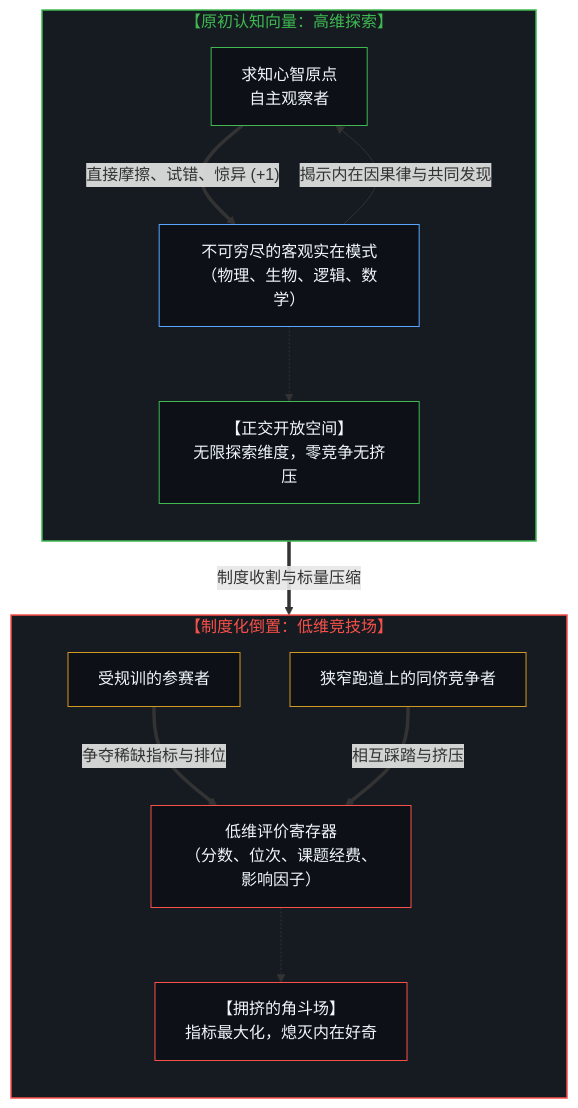
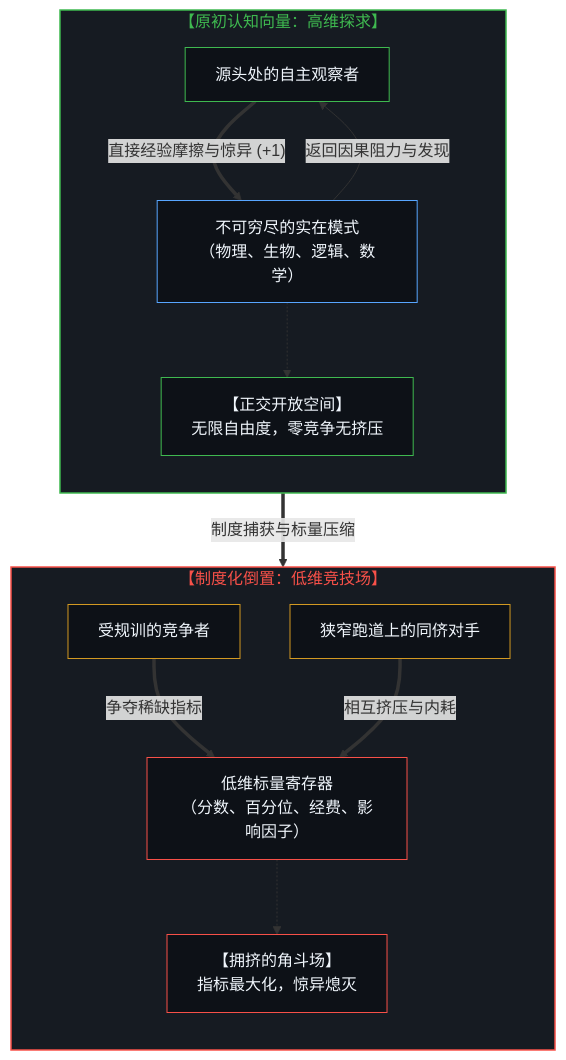
The first of 10 diagrams in content/posts/the-reversal-of-education-and-science.md (powerpig99/not-a-toe), drawn with Mermaid before and after one commit. The commit also changed other lines of this file and 2 other files, not shown here.

````diff
--- a/content/posts/the-reversal-of-education-and-science.md
+++ b/content/posts/the-reversal-of-education-and-science.md
@@ -21,35 +21,32 @@
 ```mermaid
 flowchart TD
-    subgraph S_Original["【原初认知向量：高维探索】"]
+    subgraph S_Original["【原初认知向量：高维探求】"]
         direction TB
-        Mind["求知心智原点<br/>自主观察者"]
-        Reality["不可穷尽的客观实在模式<br/>（物理、生物、逻辑、数学）"]
-        Space["【正交开放空间】<br/>无限探索维度，零竞争无挤压"]
-        Mind ==>|"直接摩擦、试错、惊异 (+1)"| Reality
-        Reality -->|"揭示内在因果律与共同发现"| Mind
+        Mind["源头处的自主观察者"]
+        Reality["不可穷尽的实在模式<br/>（物理、生物、逻辑、数学）"]
+        Space["【正交开放空间】<br/>无限自由度，零竞争无挤压"]
+        Mind ==>|"直接经验摩擦与惊异 (+1)"| Reality
+        Reality -->|"返回因果阻力与发现"| Mind
         Reality -.-> Space
     end
-
-    S_Original ==>|"制度收割与标量压缩"| S_Inverted
-
+    S_Original ==>|"制度捕获与标量压缩"| S_Inverted
     subgraph S_Inverted["【制度化倒置：低维竞技场】"]
         direction TB
-        Student["受规训的参赛者"]
-        OtherPeers["狭窄跑道上的同侪竞争者"]
-        Register["低维评价寄存器<br/>（分数、位次、课题经费、影响因子）"]
-        WarZone["【拥挤的角斗场】<br/>指标最大化，熄灭内在好奇"]
-        Student ==>|"争夺稀缺指标与排位"| Register
-        OtherPeers ==>|"相互踩踏与挤压"| Register
+        Student["受规训的竞争者"]
+        OtherPeers["狭窄跑道上的同侪对手"]
+        Register["低维标量寄存器<br/>（分数、百分位、经费、影响因子）"]
+        WarZone["【拥挤的角斗场】<br/>指标最大化，惊异熄灭"]
+        Student ==>|"争夺稀缺指标"| Register
+        OtherPeers ==>|"相互挤压与内耗"| Register
         Register -.-> WarZone
     end
-
     style S_Original fill:#161b22,stroke:#3fb950,stroke-width:1.5px,color:#3fb950
     style S_Inverted fill:#161b22,stroke:#f85149,stroke-width:1.5px,color:#f85149
     style Mind fill:#0d1117,stroke:#3fb950,stroke-width:1px,color:#f0f6fc
     style Reality fill:#0d1117,stroke:#58a6ff,stroke-width:1px,color:#f0f6fc
     style Space fill:#0d1117,stroke:#3fb950,stroke-width:1px,color:#f0f6fc
     style Student fill:#0d1117,stroke:#d29922,stroke-width:1px,color:#f0f6fc
     style OtherPeers fill:#0d1117,stroke:#d29922,stroke-width:1px,color:#f0f6fc
     style Register fill:#0d1117,stroke:#f85149,stroke-width:1px,color:#f0f6fc
     style WarZone fill:#0d1117,stroke:#f85149,stroke-width:1px,color:#f0f6fc
 ```
````
